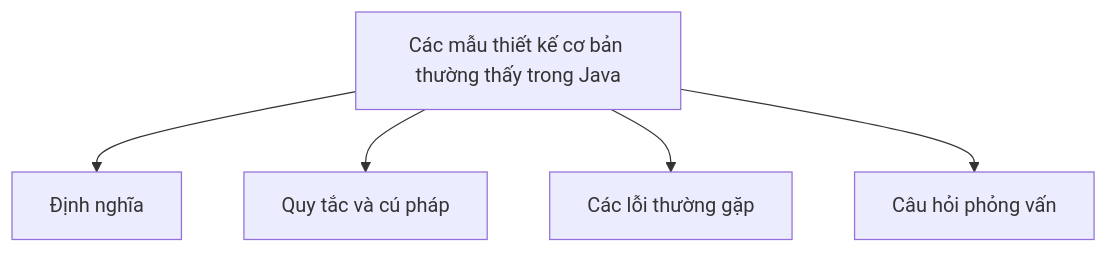
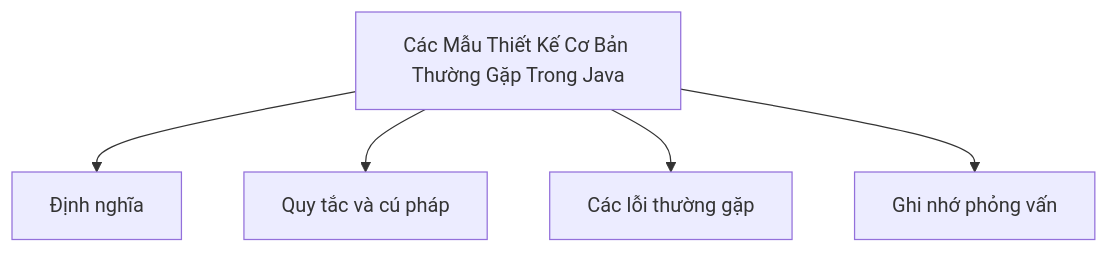
One commit to PhuThien2005/theoretical-of-java-core changed the diagram in vi/43-design-patterns/README.md. Above: the diagram before and after it, drawn with Mermaid. The commit also changed other lines of this file and 229 other files, not shown here.

````diff
--- a/vi/43-design-patterns/README.md
+++ b/vi/43-design-patterns/README.md
@@ -57,7 +57,7 @@
 ```mermaid
 flowchart TD
-    A[Các mẫu thiết kế cơ bản thường thấy trong Java] --> B[Định nghĩa]
+    A[Các Mẫu Thiết Kế Cơ Bản Thường Gặp Trong Java] --> B[Định nghĩa]
     A --> C[Quy tắc và cú pháp]
     A --> D[Các lỗi thường gặp]
-    A --> E[Câu hỏi phỏng vấn]
+    A --> E[Ghi nhớ phỏng vấn]
 ```
````
